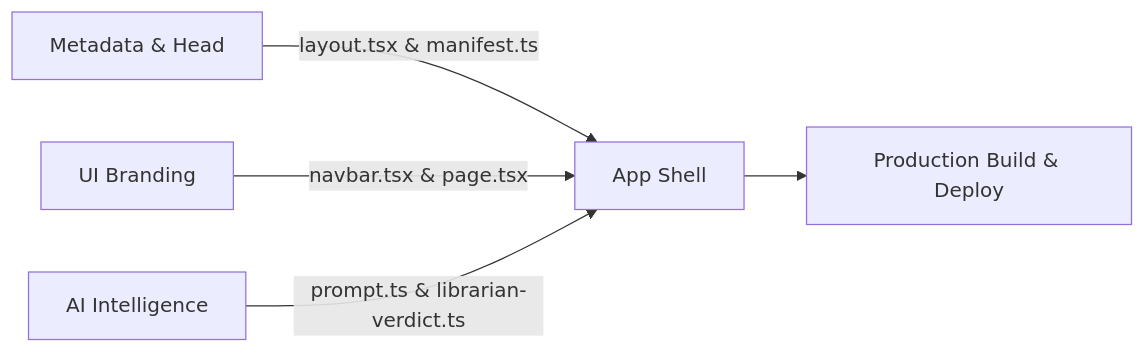
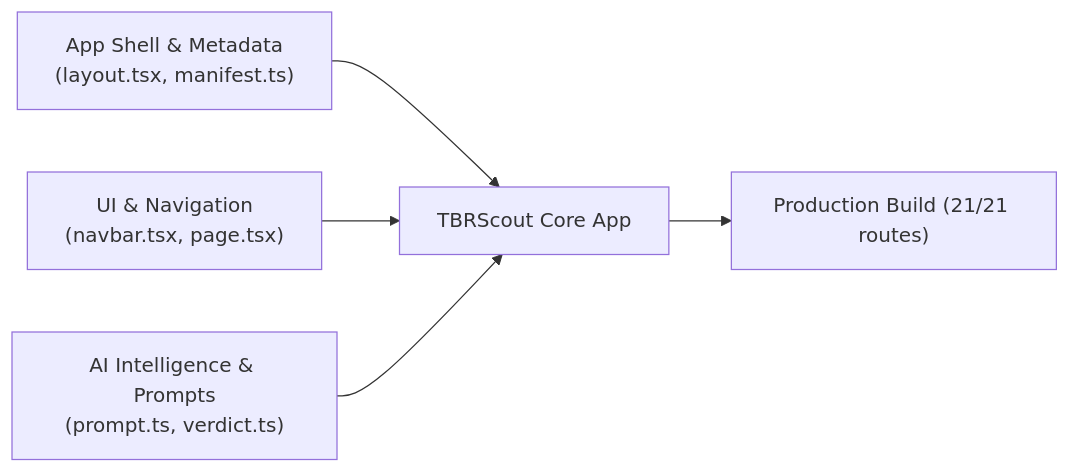
The diagram in REBRANDING_GUIDE.md (rabrodbeck/good-better-best-reads), drawn with Mermaid before and after one commit. The commit also changed other lines of this file and 26 other files, not shown here.

````diff
--- a/REBRANDING_GUIDE.md
+++ b/REBRANDING_GUIDE.md
@@ -65,7 +48,7 @@
 ```mermaid
 flowchart LR
-    A[Metadata & Head] -->|layout.tsx & manifest.ts| D[App Shell]
-    B[UI Branding] -->|navbar.tsx & page.tsx| D
-    C[AI Intelligence] -->|prompt.ts & librarian-verdict.ts| D
-    D --> E[Production Build & Deploy]
+    A["App Shell & Metadata<br/>(layout.tsx, manifest.ts)"] --> D["TBRScout Core App"]
+    B["UI & Navigation<br/>(navbar.tsx, page.tsx)"] --> D
+    C["AI Intelligence & Prompts<br/>(prompt.ts, verdict.ts)"] --> D
+    D --> E["Production Build (21/21 routes)"]
 ```
````
